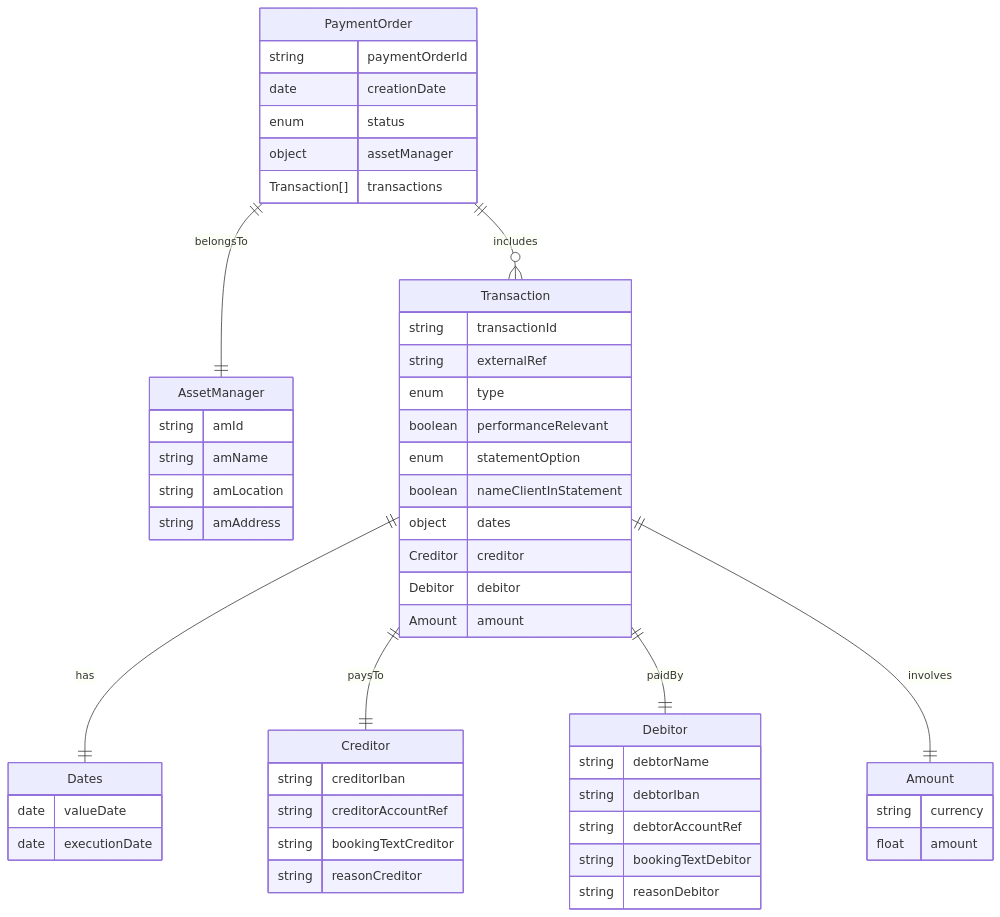
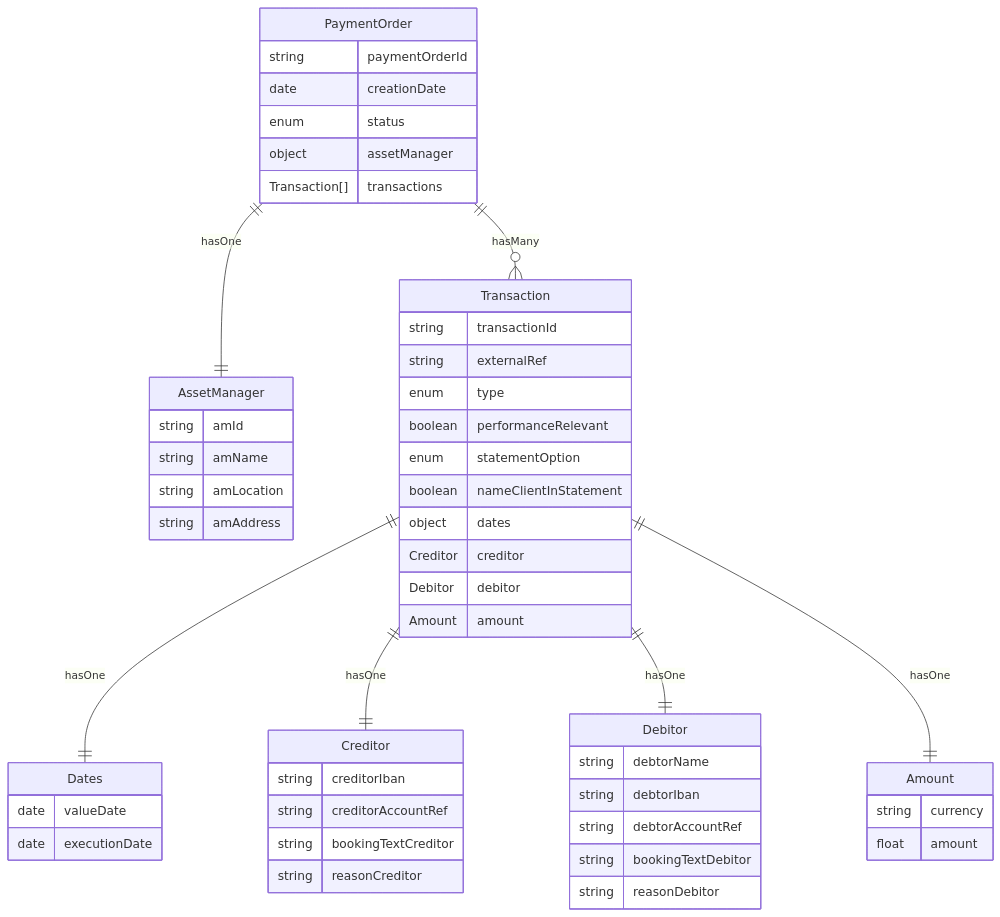
Before and after one commit to OWGreg/OpenWealth_Fee_API_Design: the diagram in model.md, drawn with Mermaid.

Commit message:
Update model.md
Updated Connections

````diff
--- a/model.md
+++ b/model.md
@@ -3,63 +3,63 @@
 ```mermaid
 erDiagram
 
     PaymentOrder {
         string paymentOrderId
         date creationDate
         enum status
         object assetManager
         Transaction[] transactions
     }
 
     AssetManager {
         string amId
         string amName
         string amLocation
         string amAddress
     }
 
     Transaction {
         string transactionId
         string externalRef
         enum type
         boolean performanceRelevant
         enum statementOption
         boolean nameClientInStatement
         object dates
         Creditor creditor
         Debitor debitor
         Amount amount
     }
 
     Dates {
         date valueDate
         date executionDate
     }
 
     Creditor {
         string creditorIban
         string creditorAccountRef
         string bookingTextCreditor
         string reasonCreditor
     }
 
     Debitor {
         string debtorName
         string debtorIban
         string debtorAccountRef
         string bookingTextDebitor
         string reasonDebitor
     }
 
     Amount {
         string currency
         float amount
     }
 
-    PaymentOrder ||--|| AssetManager : belongsTo
-    PaymentOrder ||--o{ Transaction : includes
-    Transaction ||--|| Dates : has
-    Transaction ||--|| Creditor : paysTo
-    Transaction ||--|| Debitor : paidBy
-    Transaction ||--|| Amount : involves
+    PaymentOrder ||--|| AssetManager : hasOne
+    PaymentOrder ||--o{ Transaction : hasMany
+    Transaction ||--|| Dates : hasOne
+    Transaction ||--|| Creditor : hasOne
+    Transaction ||--|| Debitor : hasOne
+    Transaction ||--|| Amount : hasOne
 ```
````
